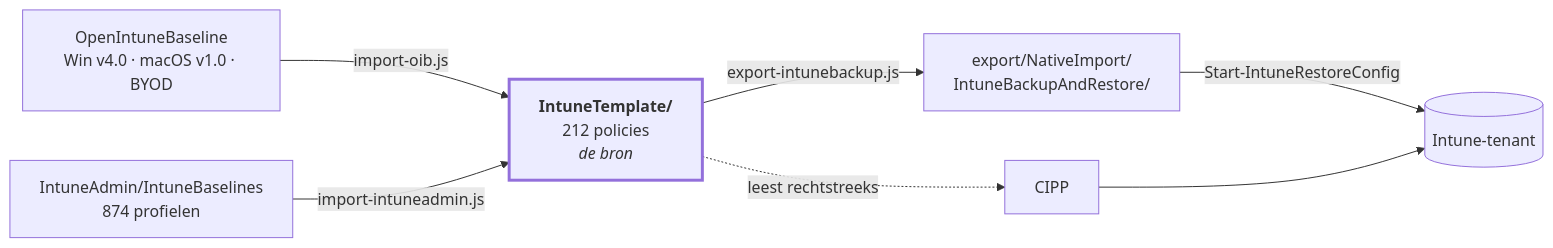
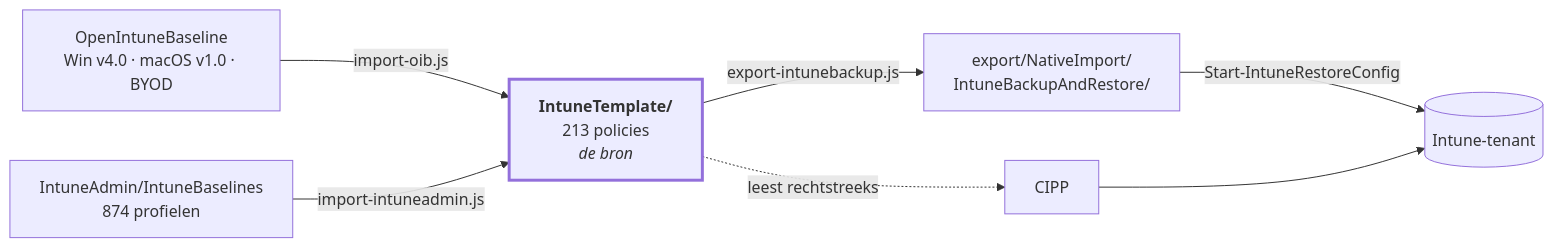
Before and after one commit to sjkanon/IntuneBackup: the diagram in README.md, drawn with Mermaid. The commit also changed other lines of this file and 30 other files, not shown here.

````diff
--- a/README.md
+++ b/README.md
@@ -20,17 +20,17 @@
 ```mermaid
 flowchart LR
   OIB["OpenIntuneBaseline<br/>Win v4.0 · macOS v1.0 · BYOD"]
-  T["<b>IntuneTemplate/</b><br/>212 policies<br/><i>de bron</i>"]
+  T["<b>IntuneTemplate/</b><br/>213 policies<br/><i>de bron</i>"]
   EX["export/NativeImport/<br/>IntuneBackupAndRestore/"]
   TENANT[("Intune-tenant")]
 
   OIB -->|import-oib.js| T
   T -->|export-intunebackup.js| EX
   T -.->|leest rechtstreeks| CIPP[CIPP]
   EX -->|Start-IntuneRestoreConfig| TENANT
   CIPP --> TENANT
 
   IA["IntuneAdmin/IntuneBaselines<br/>874 profielen"] -->|import-intuneadmin.js| T
 
   style T stroke-width:3px
 ```
````
